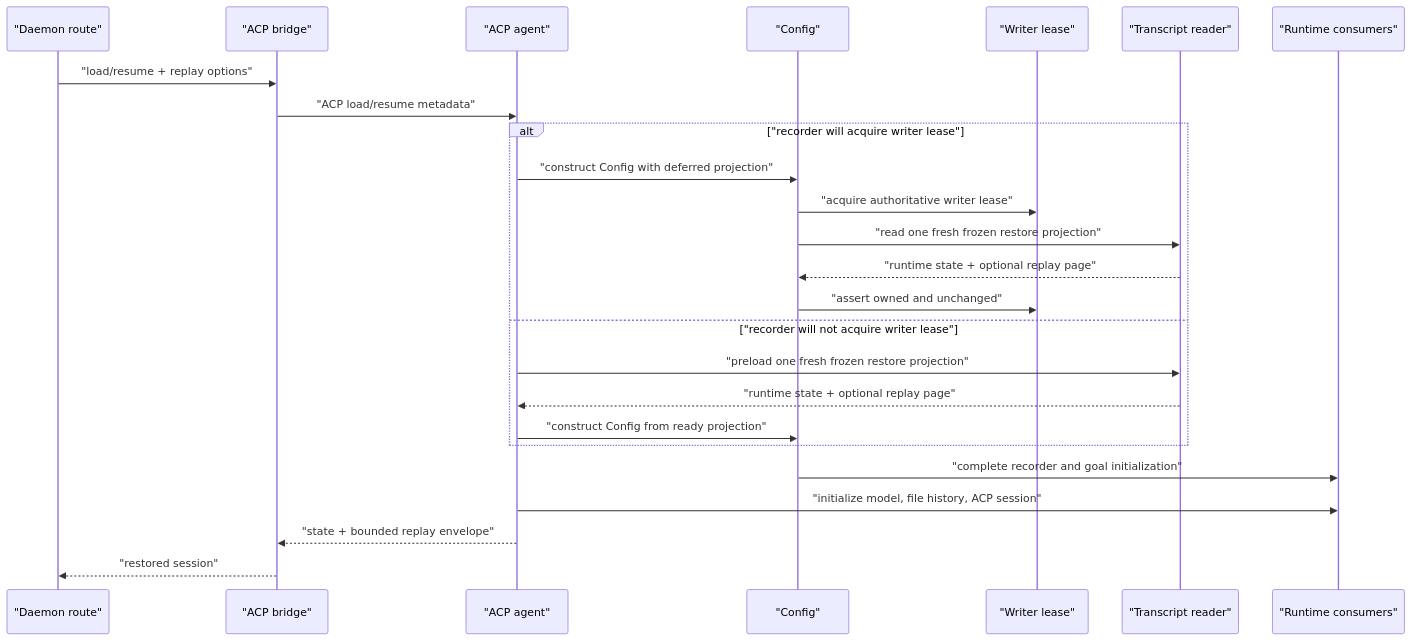
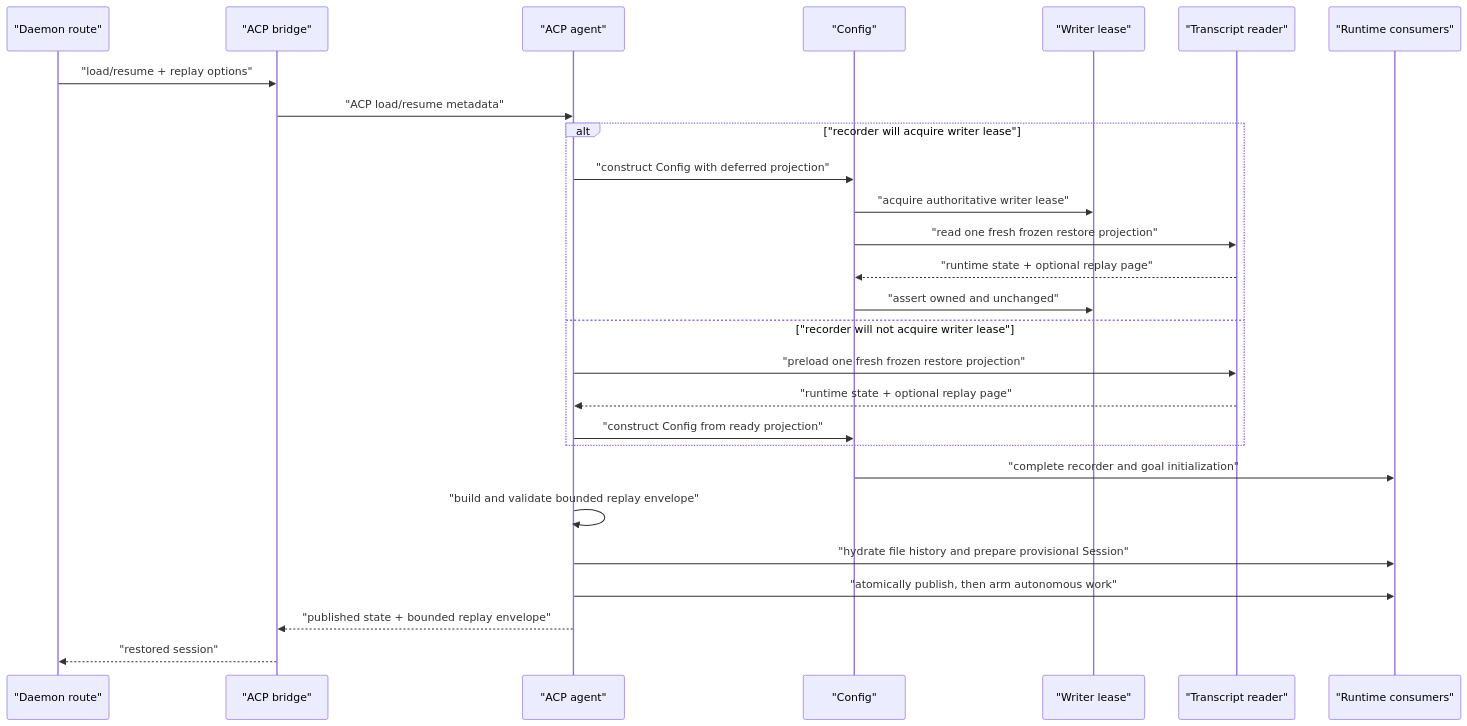
The diagram in docs/design/2026-08-08-selective-session-restore.md (QwenLM/qwen-code), drawn with Mermaid before and after one commit. The commit also changed other lines of this file and 1 other file, not shown here.

````diff
--- a/docs/design/2026-08-08-selective-session-restore.md
+++ b/docs/design/2026-08-08-selective-session-restore.md
@@ -541,28 +592,30 @@
 ```mermaid
 sequenceDiagram
   participant D as "Daemon route"
   participant B as "ACP bridge"
   participant A as "ACP agent"
   participant C as "Config"
   participant L as "Writer lease"
   participant R as "Transcript reader"
   participant S as "Runtime consumers"
 
   D->>B: "load/resume + replay options"
   B->>A: "ACP load/resume metadata"
   alt "recorder will acquire writer lease"
     A->>C: "construct Config with deferred projection"
     C->>L: "acquire authoritative writer lease"
     C->>R: "read one fresh frozen restore projection"
     R-->>C: "runtime state + optional replay page"
     C->>L: "assert owned and unchanged"
   else "recorder will not acquire writer lease"
     A->>R: "preload one fresh frozen restore projection"
     R-->>A: "runtime state + optional replay page"
     A->>C: "construct Config from ready projection"
   end
   C->>S: "complete recorder and goal initialization"
-  A->>S: "initialize model, file history, ACP session"
-  A-->>B: "state + bounded replay envelope"
+  A->>A: "build and validate bounded replay envelope"
+  A->>S: "hydrate file history and prepare provisional Session"
+  A->>S: "atomically publish, then arm autonomous work"
+  A-->>B: "published state + bounded replay envelope"
   B-->>D: "restored session"
 ```
````
